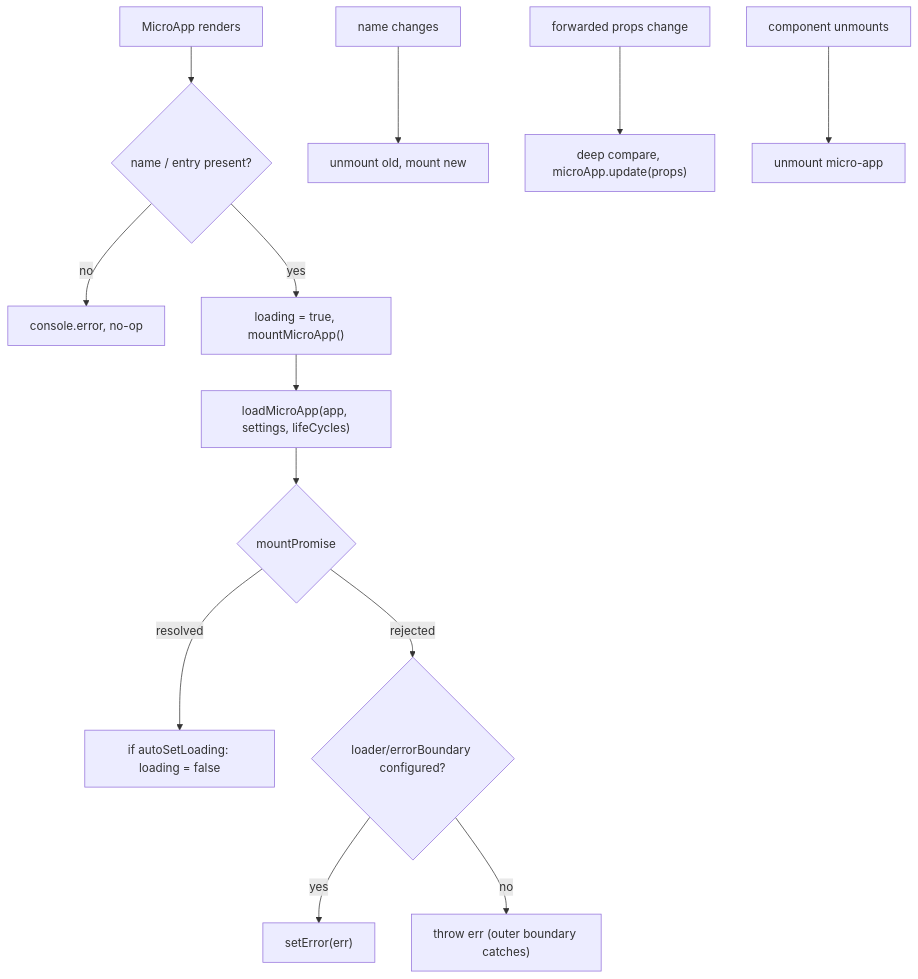
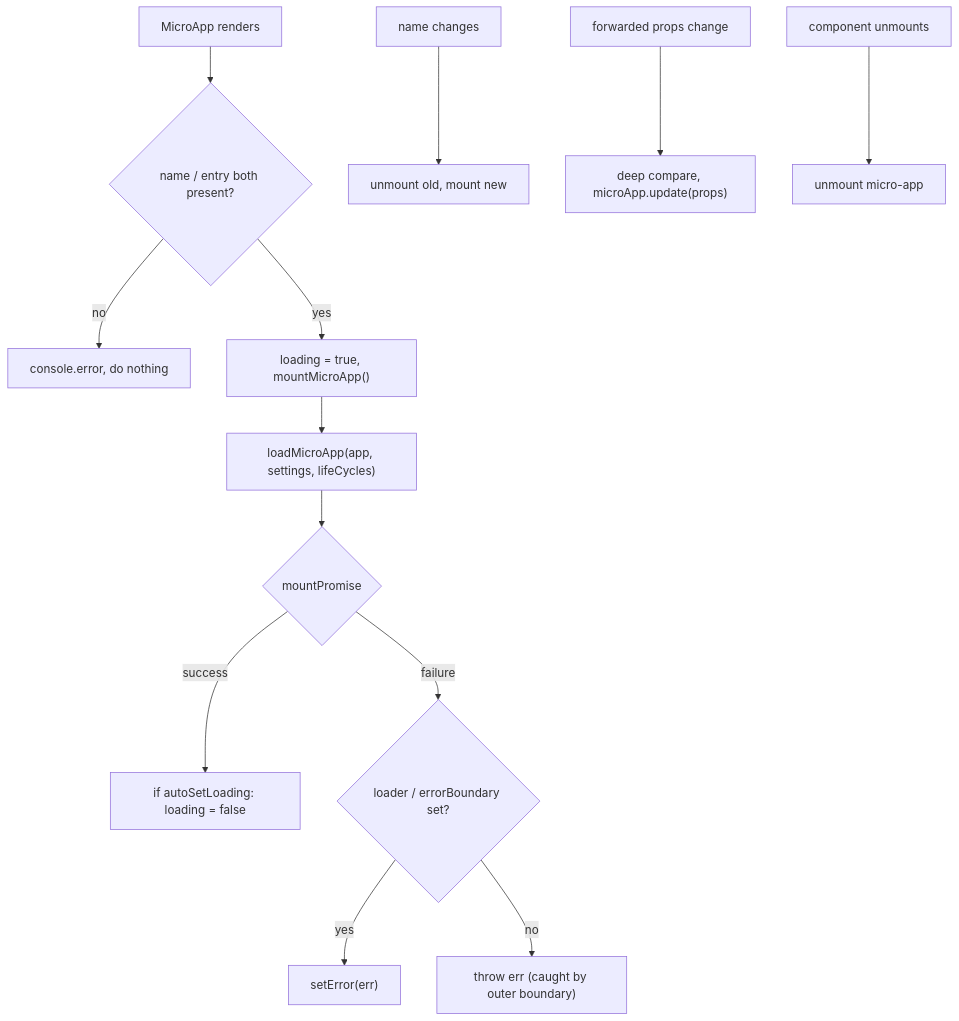
Before and after one commit to umijs/qiankun: the diagram in docs/ecosystem/react.md, drawn with Mermaid. The commit also changed other lines of this file and 63 other files, not shown here.

````diff
--- a/docs/ecosystem/react.md
+++ b/docs/ecosystem/react.md
@@ -255,15 +255,15 @@
 ```mermaid
 flowchart TD
-  A[MicroApp renders] --> B{name / entry present?}
-  B -- no --> B0[console.error, no-op]
+  A[MicroApp renders] --> B{name / entry both present?}
+  B -- no --> B0[console.error, do nothing]
   B -- yes --> C["loading = true, mountMicroApp()"]
   C --> D["loadMicroApp(app, settings, lifeCycles)"]
   D --> E{mountPromise}
-  E -- resolved --> F["if autoSetLoading: loading = false"]
-  E -- rejected --> G{loader/errorBoundary configured?}
+  E -- success --> F["if autoSetLoading: loading = false"]
+  E -- failure --> G{loader / errorBoundary set?}
   G -- yes --> H["setError(err)"]
-  G -- no --> I["throw err (outer boundary catches)"]
+  G -- no --> I["throw err (caught by outer boundary)"]
   J[name changes] --> K[unmount old, mount new]
   L[forwarded props change] --> M["deep compare, microApp.update(props)"]
   N[component unmounts] --> O[unmount micro-app]
 ```
````
